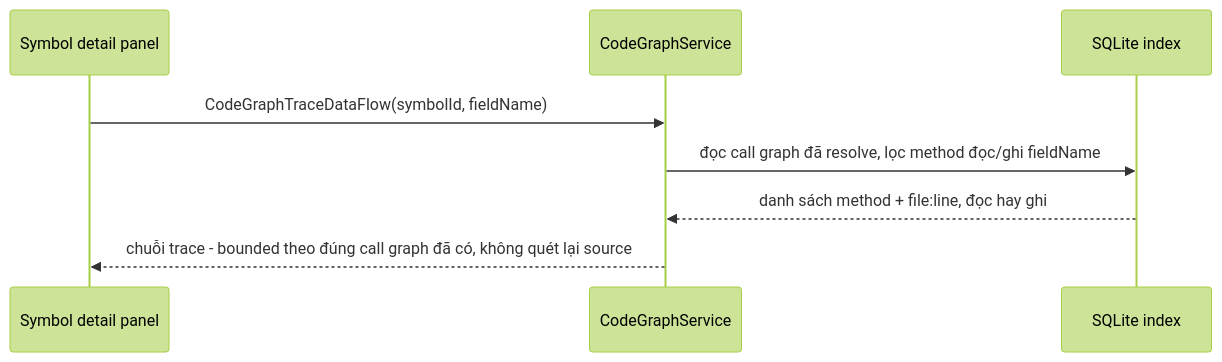
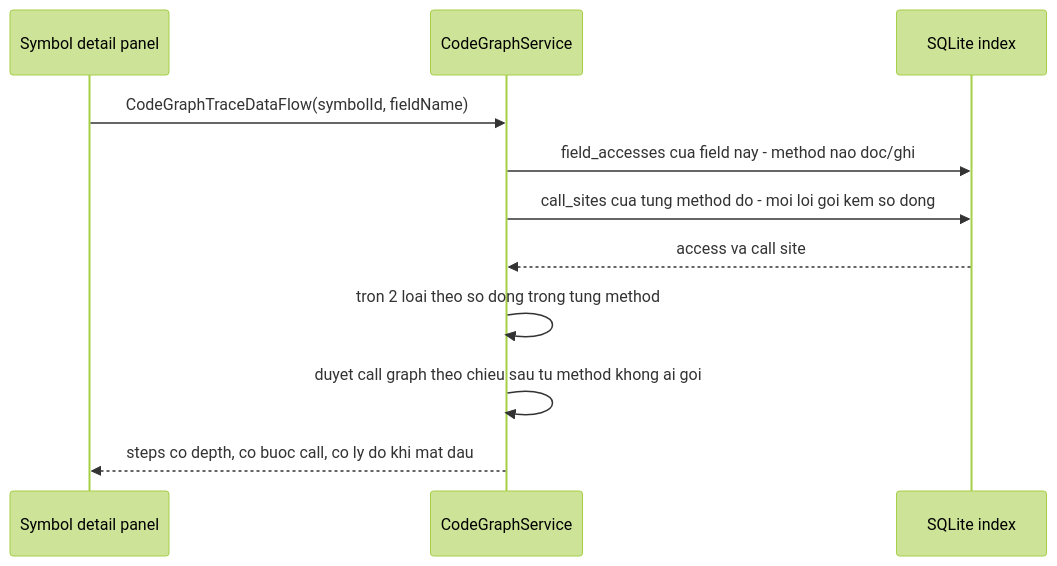
One commit to syurodev/base changed the eighth of 10 diagrams in content/projects/dev-kit/codegraph.mdx. Above: the diagram before and after it, drawn with Mermaid (forest theme). The commit also changed other lines of this file and 1 other file, not shown here.

````diff
--- a/content/projects/dev-kit/codegraph.mdx
+++ b/content/projects/dev-kit/codegraph.mdx
@@ -480,11 +537,14 @@
 ```mermaid
 sequenceDiagram
   participant UI as Symbol detail panel
   participant Svc as CodeGraphService
   participant DB as SQLite index
 
   UI->>Svc: CodeGraphTraceDataFlow(symbolId, fieldName)
-  Svc->>DB: đọc call graph đã resolve, lọc method đọc/ghi fieldName
-  DB-->>Svc: danh sách method + file:line, đọc hay ghi
-  Svc-->>UI: chuỗi trace - bounded theo đúng call graph đã có, không quét lại source
+  Svc->>DB: field_accesses cua field nay - method nao doc/ghi
+  Svc->>DB: call_sites cua tung method do - moi loi goi kem so dong
+  DB-->>Svc: access va call site
+  Svc->>Svc: tron 2 loai theo so dong trong tung method
+  Svc->>Svc: duyet call graph theo chieu sau tu method khong ai goi
+  Svc-->>UI: steps co depth, co buoc call, co ly do khi mat dau
 ```
````
